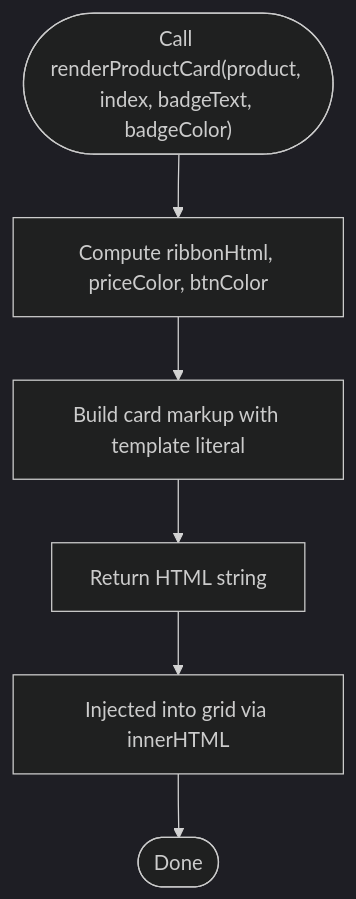
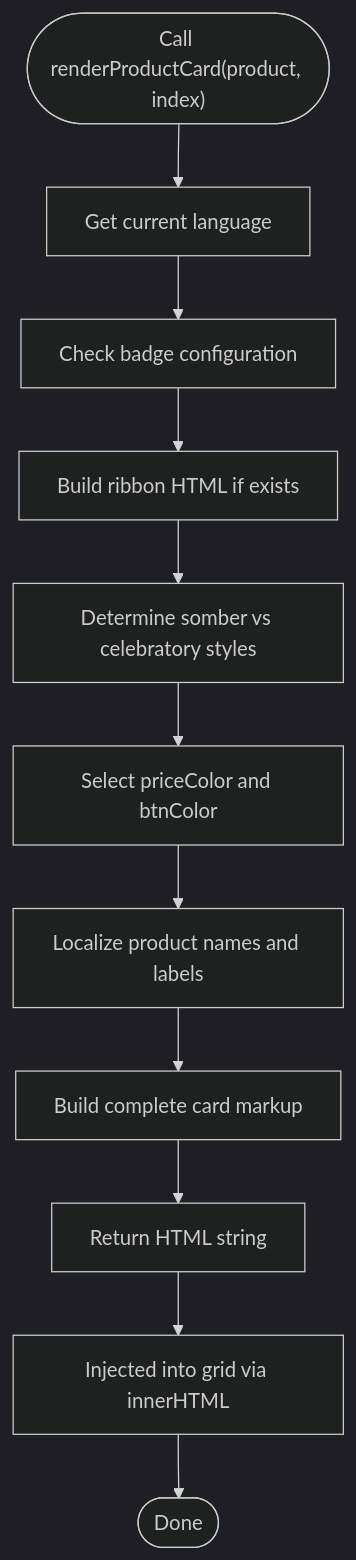
One commit to queenflowerhk/queenflowerhk.github.io changed the third of 6 diagrams in .qoder/repowiki/en/content/Product Management System/Dynamic Product Rendering.md. Above: the diagram before and after it, drawn with Mermaid (dark theme). The commit also changed other lines of this file and 20 other files, not shown here.

````diff
--- a/.qoder/repowiki/en/content/Product Management System/Dynamic Product Rendering.md
+++ b/.qoder/repowiki/en/content/Product Management System/Dynamic Product Rendering.md
@@ -116,8 +139,13 @@
 ```mermaid
 flowchart TD
-Start(["Call renderProductCard(product, index, badgeText, badgeColor)"]) --> ComputeStyles["Compute ribbonHtml, priceColor, btnColor"]
-ComputeStyles --> BuildMarkup["Build card markup with template literal"]
+Start(["Call renderProductCard(product, index)"]) --> GetLang["Get current language"]
+GetLang --> BadgeConfig["Check badge configuration"]
+BadgeConfig --> BuildRibbon["Build ribbon HTML if exists"]
+BuildRibbon --> DetermineStyle["Determine somber vs celebratory styles"]
+DetermineStyle --> SelectColors["Select priceColor and btnColor"]
+SelectColors --> LocalizeText["Localize product names and labels"]
+LocalizeText --> BuildMarkup["Build complete card markup"]
 BuildMarkup --> ReturnNode["Return HTML string"]
 ReturnNode --> Inject["Injected into grid via innerHTML"]
 Inject --> End(["Done"])
 ```
````
